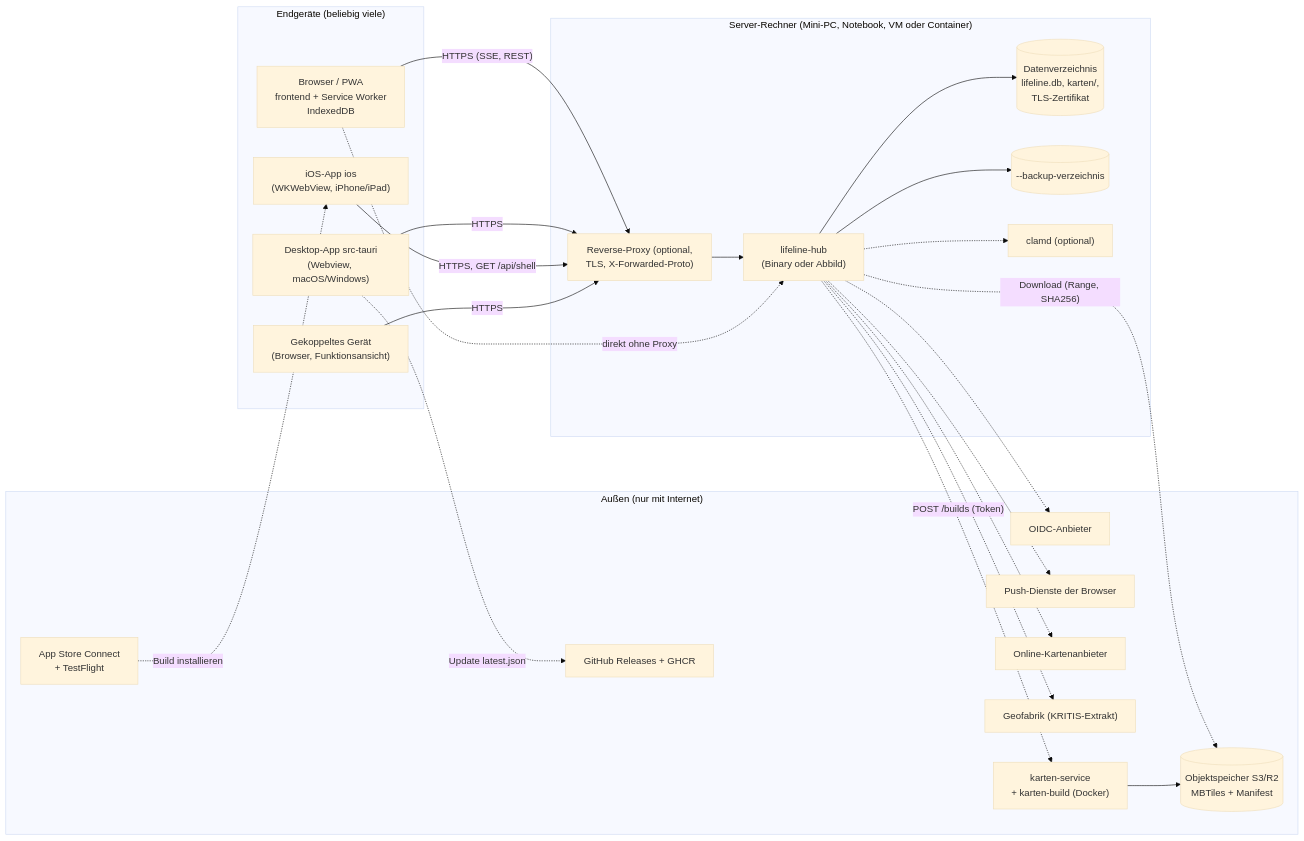
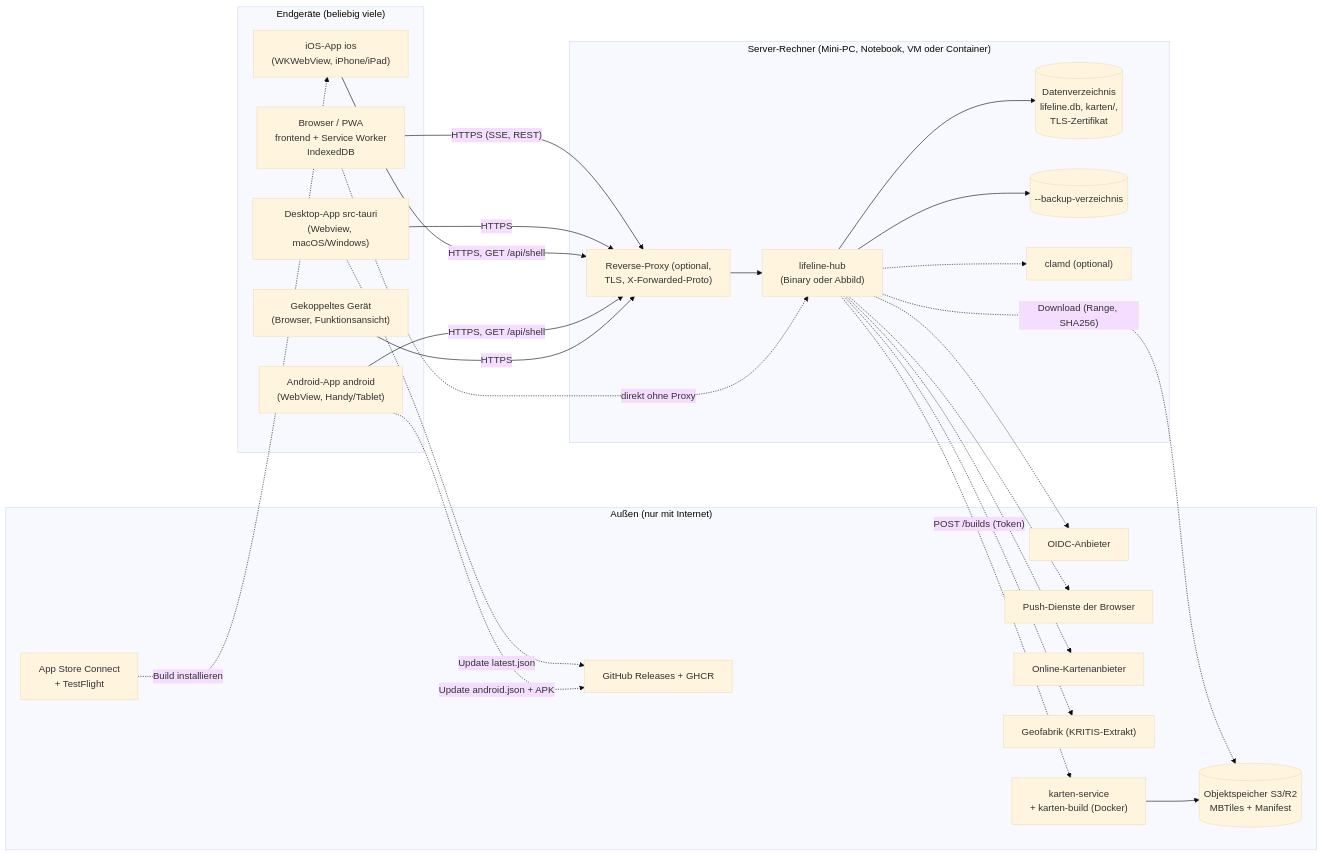
One commit to rubenvitt/lifeline-hub changed the first of 2 diagrams in docs/architektur/07-verteilungssicht.md. Above: the diagram before and after it, drawn with Mermaid (base theme). The commit also changed other lines of this file and 14 other files, not shown here.

````diff
--- a/docs/architektur/07-verteilungssicht.md
+++ b/docs/architektur/07-verteilungssicht.md
@@ -14,44 +14,47 @@
 ```mermaid
 flowchart LR
   subgraph EG["Endgeräte (beliebig viele)"]
     BR["Browser / PWA<br/>frontend + Service Worker<br/>IndexedDB"]
     DT["Desktop-App src-tauri<br/>(Webview, macOS/Windows)"]
     IOS["iOS-App ios<br/>(WKWebView, iPhone/iPad)"]
+    AND["Android-App android<br/>(WebView, Handy/Tablet)"]
     GK["Gekoppeltes Gerät<br/>(Browser, Funktionsansicht)"]
   end
   subgraph SR["Server-Rechner (Mini-PC, Notebook, VM oder Container)"]
     RP["Reverse-Proxy (optional,<br/>TLS, X-Forwarded-Proto)"]
     LH["lifeline-hub<br/>(Binary oder Abbild)"]
     DATA[("Datenverzeichnis<br/>lifeline.db, karten/,<br/>TLS-Zertifikat")]
     BK[("--backup-verzeichnis")]
     CL["clamd (optional)"]
   end
   subgraph EXT["Außen (nur mit Internet)"]
     IDP["OIDC-Anbieter"]
     PUSH["Push-Dienste der Browser"]
     TILE["Online-Kartenanbieter"]
     GEO["Geofabrik (KRITIS-Extrakt)"]
     OS[("Objektspeicher S3/R2<br/>MBTiles + Manifest")]
     KS["karten-service<br/>+ karten-build (Docker)"]
     GH["GitHub Releases + GHCR"]
     TF["App Store Connect<br/>+ TestFlight"]
   end
   BR -->|"HTTPS (SSE, REST)"| RP
   DT -->|HTTPS| RP
   IOS -->|"HTTPS, GET /api/shell"| RP
+  AND -->|"HTTPS, GET /api/shell"| RP
   GK -->|HTTPS| RP
   RP --> LH
   BR -.->|"direkt ohne Proxy"| LH
   LH --> DATA
   LH --> BK
   LH -.-> CL
   LH -.-> IDP
   LH -.-> PUSH
   LH -.-> TILE
   LH -.-> GEO
   LH -.->|"Download (Range, SHA256)"| OS
   LH -.->|"POST /builds (Token)"| KS
   KS --> OS
   DT -.->|"Update latest.json"| GH
   TF -.->|"Build installieren"| IOS
+  AND -.->|"Update android.json + APK"| GH
 ```
````
